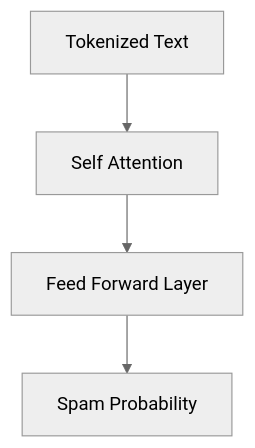
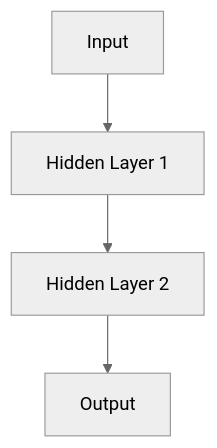
The third of 6 diagrams in content/00introduction/introduction_ml.md (FortinetCloudCSE/genai-creator-lab), drawn with Mermaid (neutral theme) before and after one commit. The commit also changed other lines of this file, not shown here.

````diff
--- a/content/00introduction/introduction_ml.md
+++ b/content/00introduction/introduction_ml.md
@@ -98,6 +269,6 @@
 ```mermaid
 graph TD
-    A[Tokenized Text] --> B[Self Attention]
-    B --> C[Feed Forward Layer]
-    C --> D[Spam Probability]
+    A[Input] --> B[Hidden Layer 1]
+    B --> C[Hidden Layer 2]
+    C --> D[Output]
 ```
````
